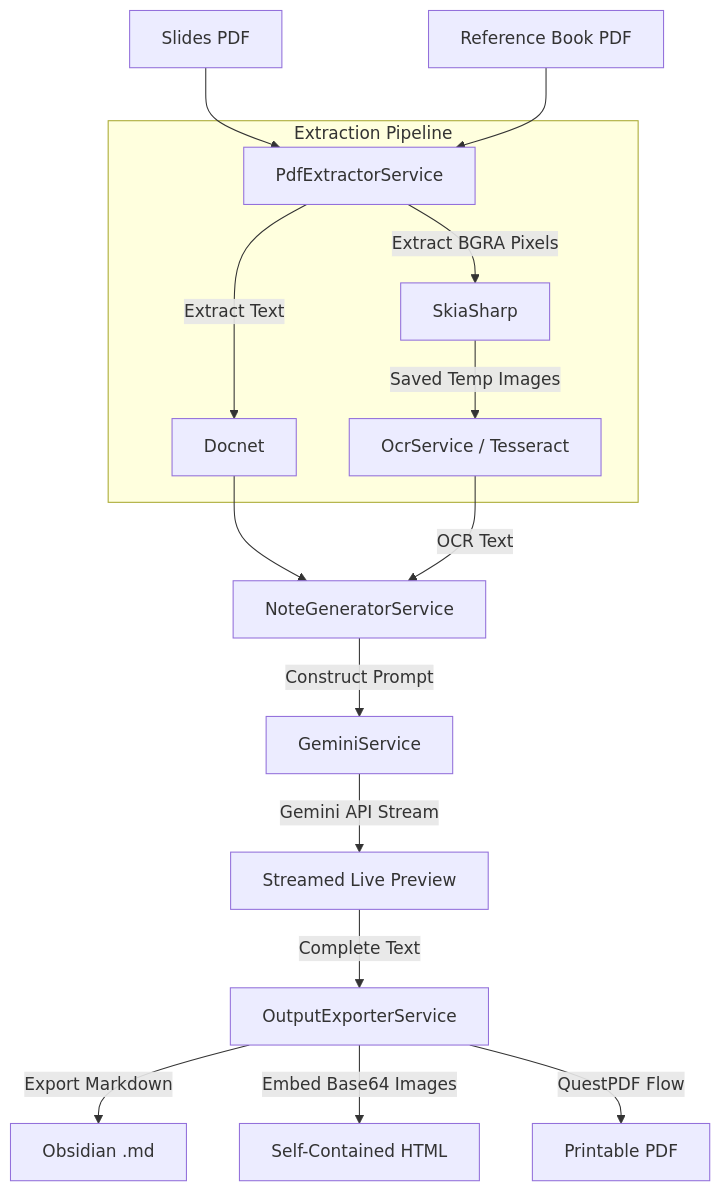
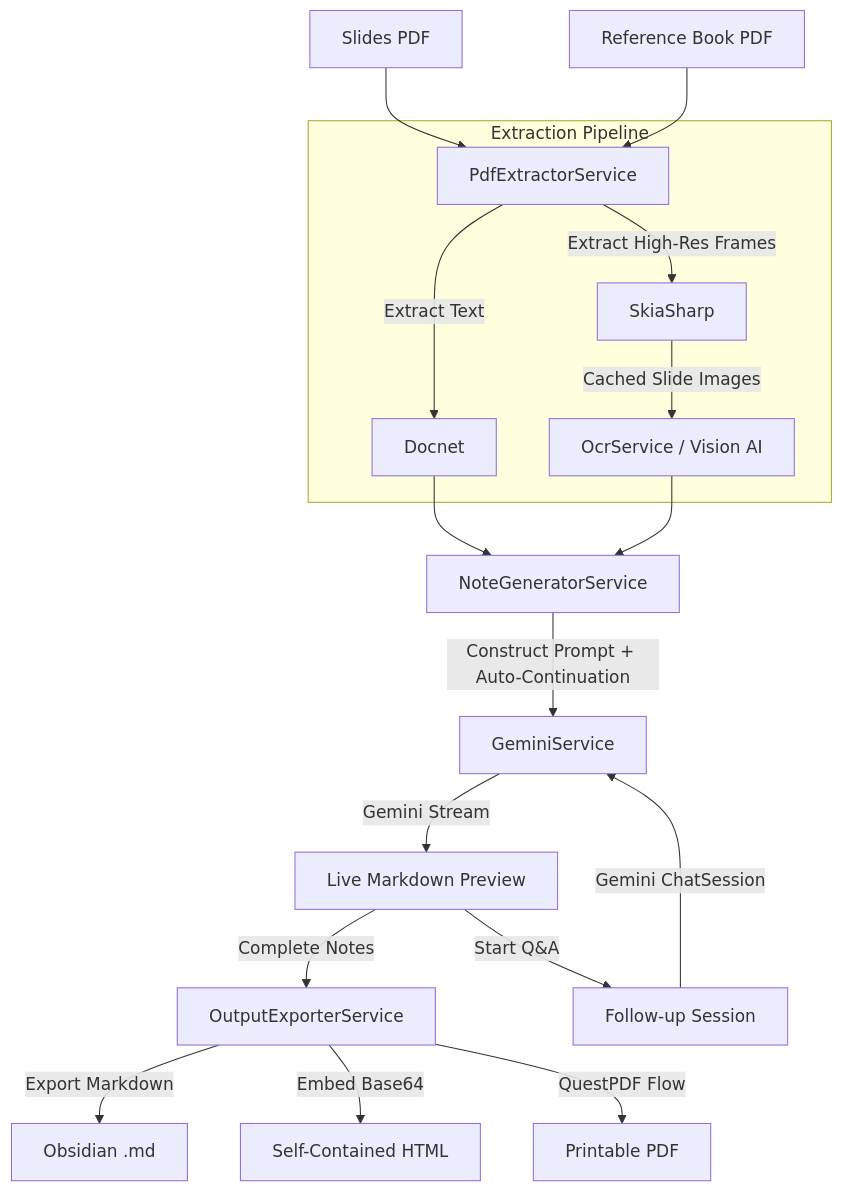
Before and after one commit to YaserBaker7/LectureSmith: the diagram in README.md, drawn with Mermaid. The commit also changed other lines of this file and 11 other files, not shown here.

Commit message:
feat(v2.5.0): follow-up Q&A sessions, visual slide skipping, auto-continuation for long decks, and smart diagram handling

````diff
--- a/README.md
+++ b/README.md
@@ -41,22 +83,25 @@
 ```mermaid
 graph TD
     A[Slides PDF] --> B[PdfExtractorService]
     A2[Reference Book PDF] --> B
-    
+
     subgraph Extraction Pipeline
         B -->|Extract Text| C[Docnet]
-        B -->|Extract BGRA Pixels| D[SkiaSharp]
-        D -->|Saved Temp Images| E[OcrService / Tesseract]
+        B -->|Extract High-Res Frames| D[SkiaSharp]
+        D -->|Cached Slide Images| E[OcrService / Vision AI]
     end
-    
+
     C --> F[NoteGeneratorService]
-    E -->|OCR Text| F
-    
-    F -->|Construct Prompt| G[GeminiService]
-    G -->|Gemini API Stream| H[Streamed Live Preview]
-    
-    H -->|Complete Text| I[OutputExporterService]
+    E --> F
+
+    F -->|Construct Prompt + Auto-Continuation| G[GeminiService]
+    G -->|Gemini Stream| H[Live Markdown Preview]
+
+    H -->|Complete Notes| I[OutputExporterService]
     I -->|Export Markdown| J[Obsidian .md]
-    I -->|Embed Base64 Images| K[Self-Contained HTML]
+    I -->|Embed Base64| K[Self-Contained HTML]
     I -->|QuestPDF Flow| L[Printable PDF]
+
+    H -->|Start Q&A| M[Follow-up Session]
+    M -->|Gemini ChatSession| G
 ```
````
